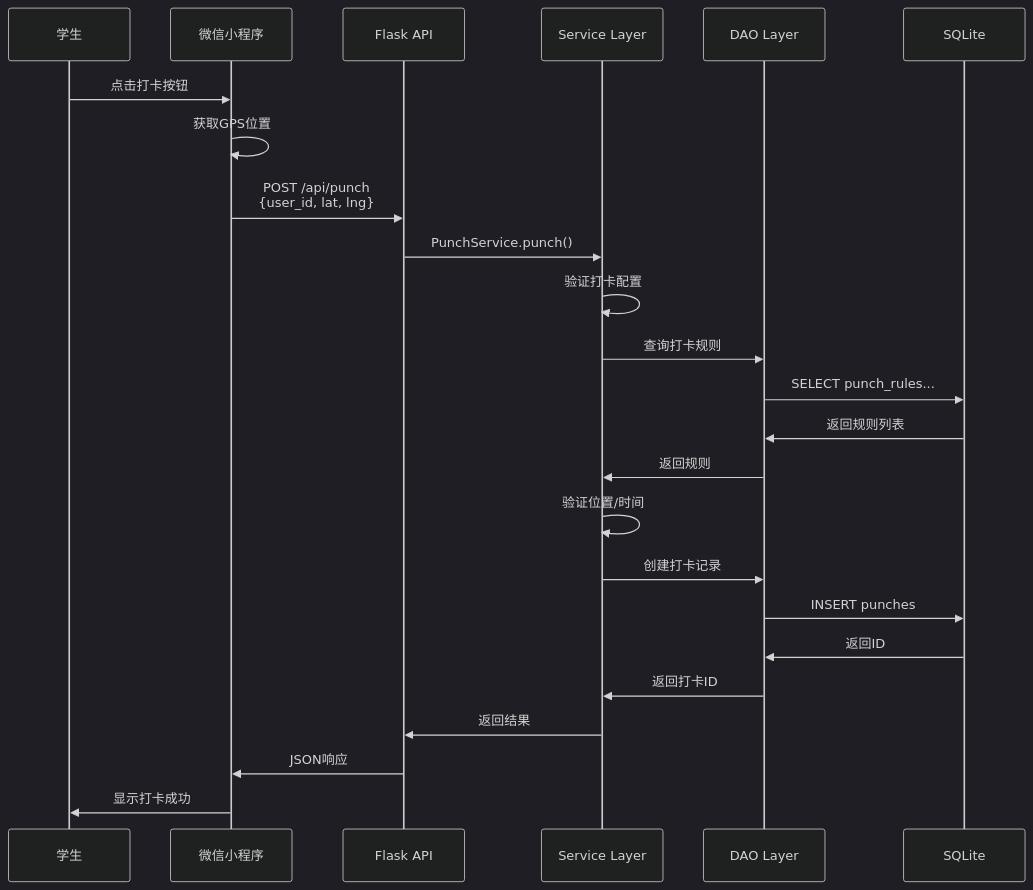
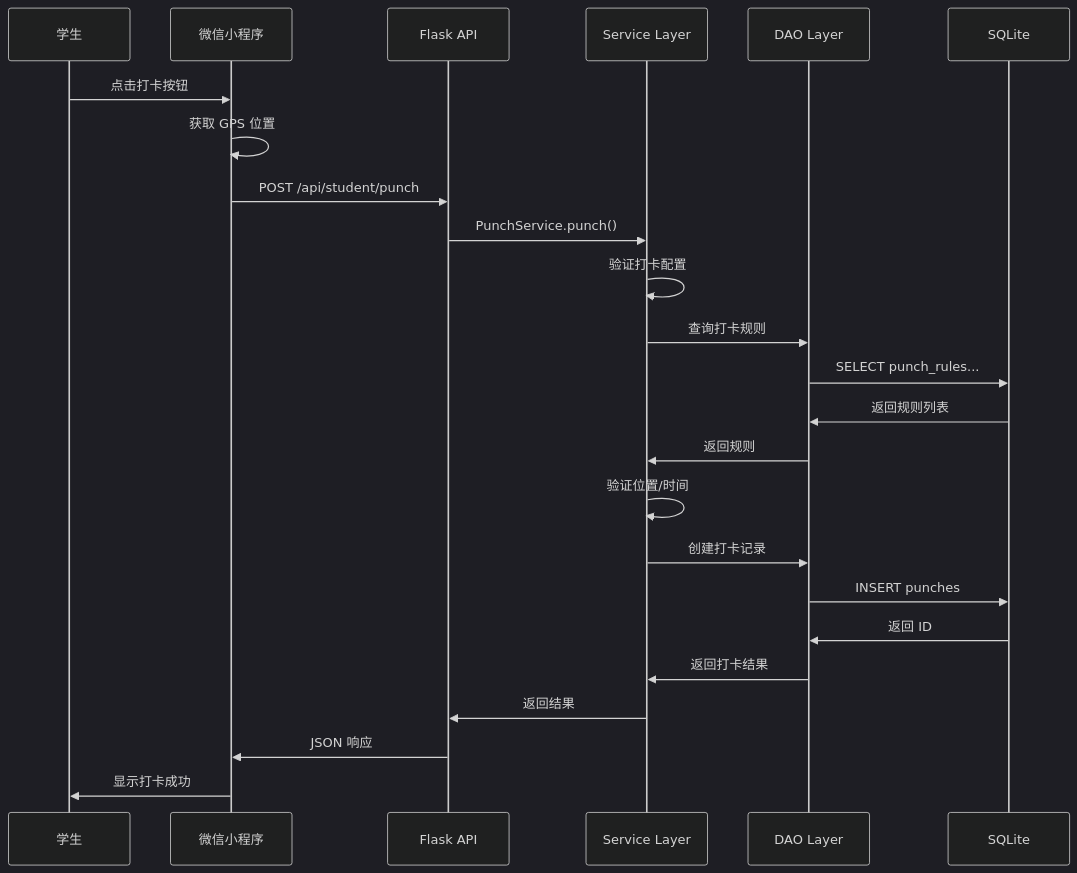
Before and after one commit to cchharrmmmmyyy/class-checkin-wxapp: the second of 4 diagrams in README.md, drawn with Mermaid (dark theme). The commit also changed other lines of this file, not shown here.

````diff
--- a/README.md
+++ b/README.md
@@ -62,27 +76,27 @@
 ```mermaid
 sequenceDiagram
     participant Student as 学生
     participant MiniApp as 微信小程序
     participant API as Flask API
     participant Service as Service Layer
     participant DAO as DAO Layer
     participant DB as SQLite
 
     Student->>MiniApp: 点击打卡按钮
-    MiniApp->>MiniApp: 获取GPS位置
-    MiniApp->>API: POST /api/punch<br/>{user_id, lat, lng}
+    MiniApp->>MiniApp: 获取 GPS 位置
+    MiniApp->>API: POST /api/student/punch
     API->>Service: PunchService.punch()
     Service->>Service: 验证打卡配置
     Service->>DAO: 查询打卡规则
     DAO->>DB: SELECT punch_rules...
     DB->>DAO: 返回规则列表
     DAO->>Service: 返回规则
     Service->>Service: 验证位置/时间
     Service->>DAO: 创建打卡记录
     DAO->>DB: INSERT punches
-    DB->>DAO: 返回ID
-    DAO->>Service: 返回打卡ID
+    DB->>DAO: 返回 ID
+    DAO->>Service: 返回打卡结果
     Service->>API: 返回结果
-    API->>MiniApp: JSON响应
+    API->>MiniApp: JSON 响应
     MiniApp->>Student: 显示打卡成功
 ```
````
